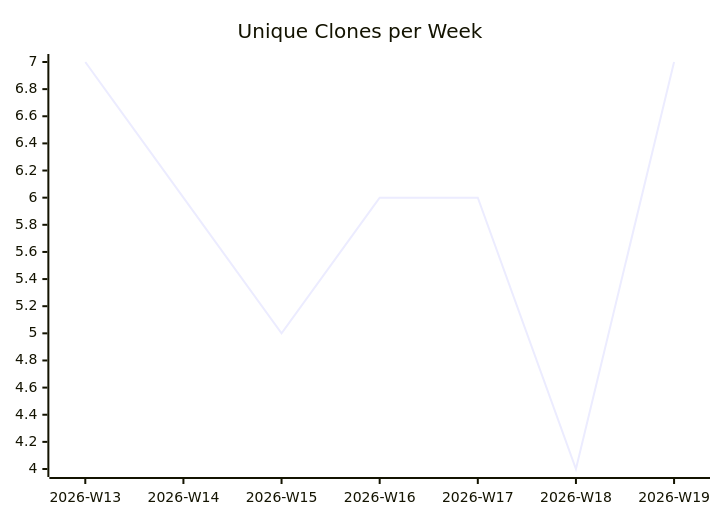
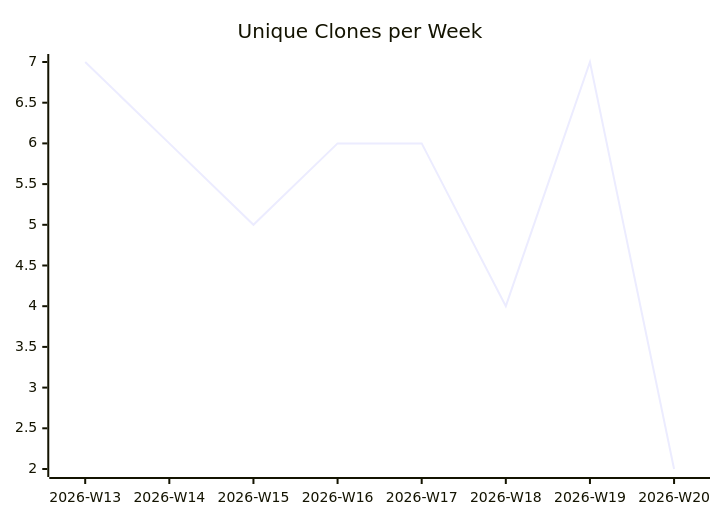
Before and after one commit to justdavis-family/github-analytics-data: the third of 3 diagrams in karlmdavis/lego-ev3dev-rs/README.md, drawn with Mermaid. The commit also changed other lines of this file and 176 other files, not shown here.

````diff
--- a/karlmdavis/lego-ev3dev-rs/README.md
+++ b/karlmdavis/lego-ev3dev-rs/README.md
@@ -19,6 +19,6 @@
 ```mermaid
 xychart-beta
   title "Unique Clones per Week"
-  x-axis ["2026-W13", "2026-W14", "2026-W15", "2026-W16", "2026-W17", "2026-W18", "2026-W19"]
-  line [7, 6, 5, 6, 6, 4, 7]
+  x-axis ["2026-W13", "2026-W14", "2026-W15", "2026-W16", "2026-W17", "2026-W18", "2026-W19", "2026-W20"]
+  line [7, 6, 5, 6, 6, 4, 7, 2]
 ```
````
